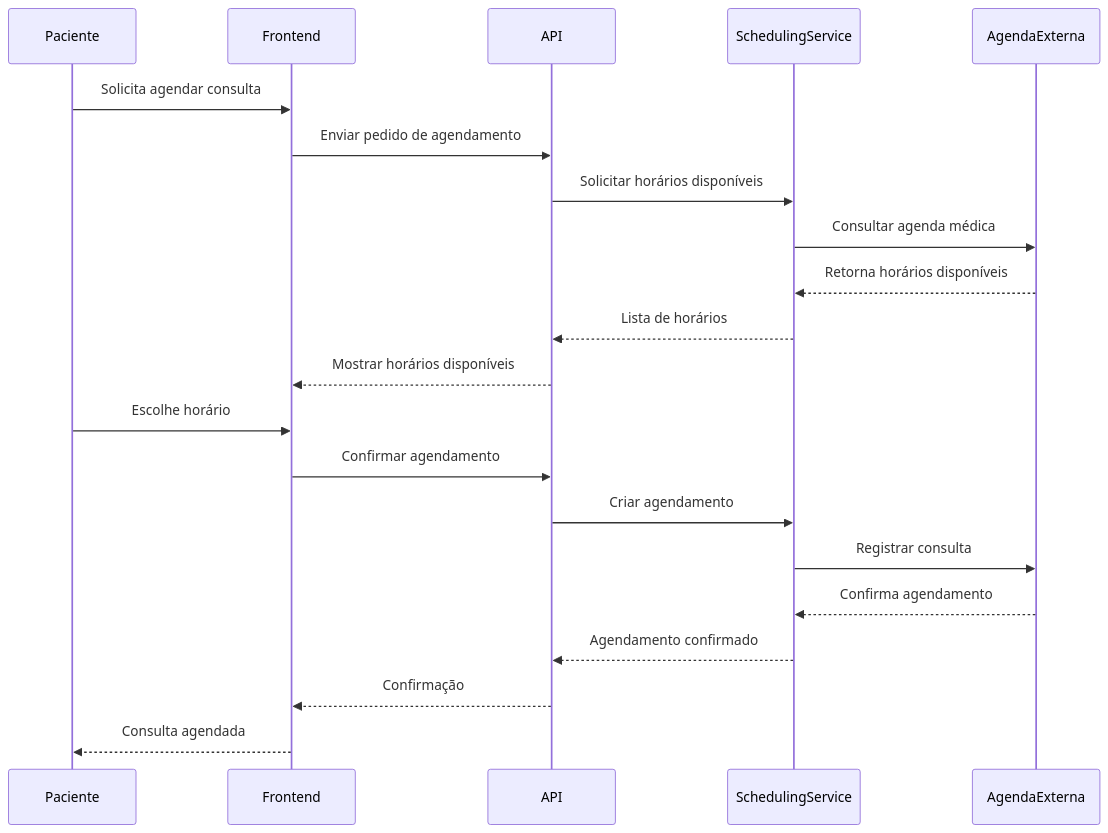
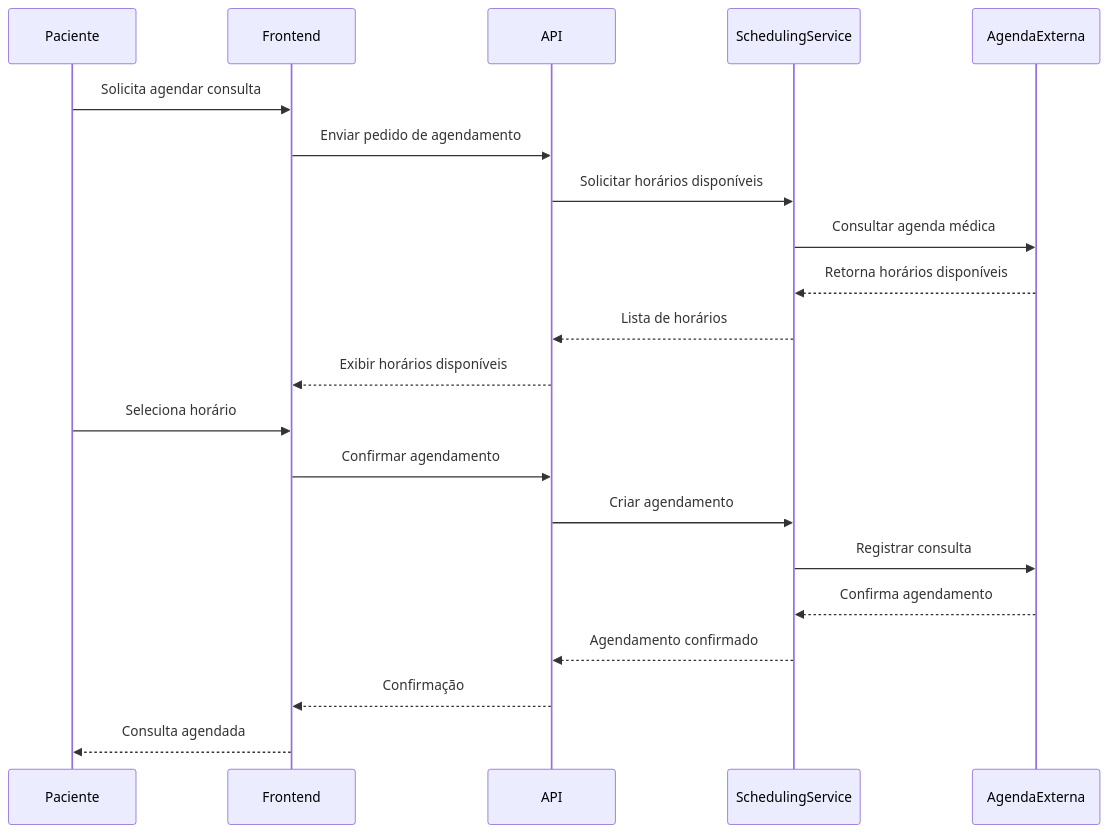
The second of 5 diagrams in DIAGRAMA DE SEQUENCIA.md (ccps1-care-predict/care-plus-ccps1), drawn with Mermaid before and after one commit. The commit also changed other lines of this file, not shown here.

Commit message:
doc: diagram de sequencia

````diff
--- a/DIAGRAMA DE SEQUENCIA.md
+++ b/DIAGRAMA DE SEQUENCIA.md
@@ -36,29 +61,32 @@
 ```mermaid
 sequenceDiagram
+
 participant Paciente
 participant Frontend
 participant API
 participant SchedulingService
 participant AgendaExterna
 
 Paciente->>Frontend: Solicita agendar consulta
 Frontend->>API: Enviar pedido de agendamento
 
 API->>SchedulingService: Solicitar horários disponíveis
 SchedulingService->>AgendaExterna: Consultar agenda médica
+
 AgendaExterna-->>SchedulingService: Retorna horários disponíveis
+SchedulingService-->>API: Lista de horários
 
-SchedulingService-->>API: Lista de horários
-API-->>Frontend: Mostrar horários disponíveis
+API-->>Frontend: Exibir horários disponíveis
 
-Paciente->>Frontend: Escolhe horário
+Paciente->>Frontend: Seleciona horário
 Frontend->>API: Confirmar agendamento
 
 API->>SchedulingService: Criar agendamento
 SchedulingService->>AgendaExterna: Registrar consulta
 
 AgendaExterna-->>SchedulingService: Confirma agendamento
 SchedulingService-->>API: Agendamento confirmado
+
 API-->>Frontend: Confirmação
 Frontend-->>Paciente: Consulta agendada
 ```
````
